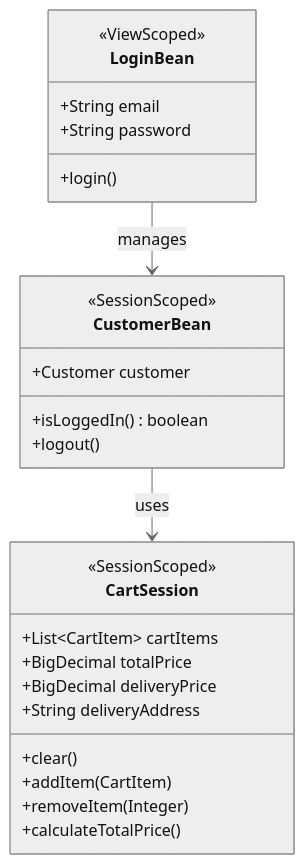
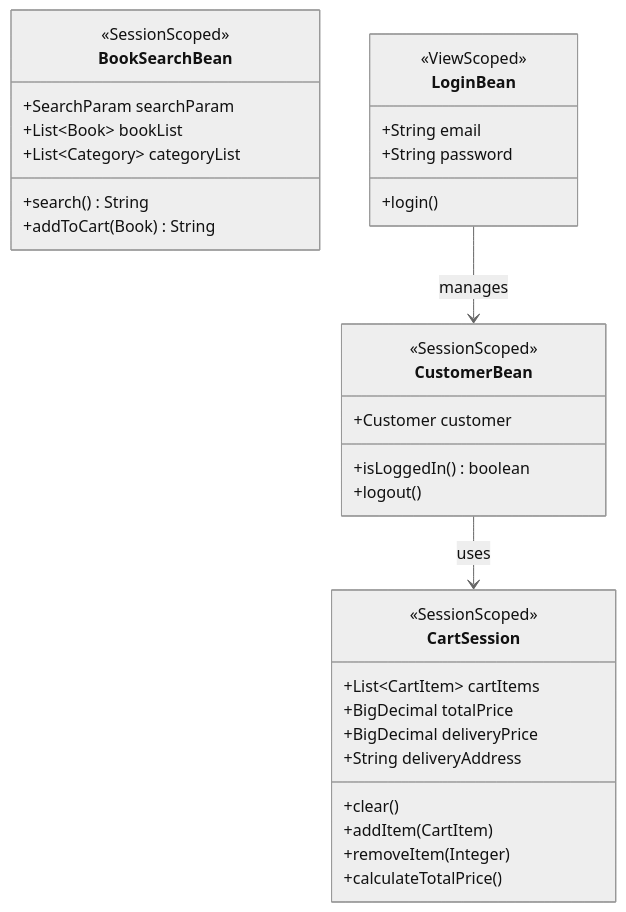
The second of 2 diagrams in projects/java/berry-books-mvc-sdd/specs/baseline/system/functional_design.md (KenyaSaitoh/ai_dev_training_202512), drawn with Mermaid (neutral theme) before and after one commit. The commit also changed other lines of this file and 56 other files, not shown here.

````diff
--- a/projects/java/berry-books-mvc-sdd/specs/baseline/system/functional_design.md
+++ b/projects/java/berry-books-mvc-sdd/specs/baseline/system/functional_design.md
@@ -172,31 +223,40 @@
 ```mermaid
 classDiagram
     class CartSession {
         <<SessionScoped>>
         +List~CartItem~ cartItems
         +BigDecimal totalPrice
         +BigDecimal deliveryPrice
         +String deliveryAddress
         +clear()
         +addItem(CartItem)
         +removeItem(Integer)
         +calculateTotalPrice()
     }
     
     class CustomerBean {
         <<SessionScoped>>
         +Customer customer
         +isLoggedIn() boolean
         +logout()
     }
     
+    class BookSearchBean {
+        <<SessionScoped>>
+        +SearchParam searchParam
+        +List~Book~ bookList
+        +List~Category~ categoryList
+        +search() String
+        +addToCart(Book) String
+    }
+    
     class LoginBean {
         <<ViewScoped>>
         +String email
         +String password
         +login()
     }
     
     CustomerBean --> CartSession: uses
     LoginBean --> CustomerBean: manages
 ```
````
